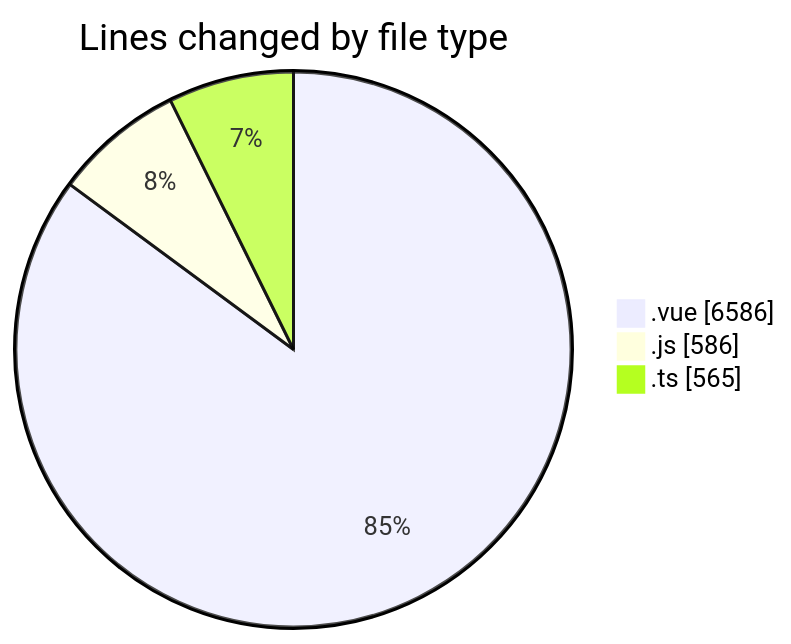
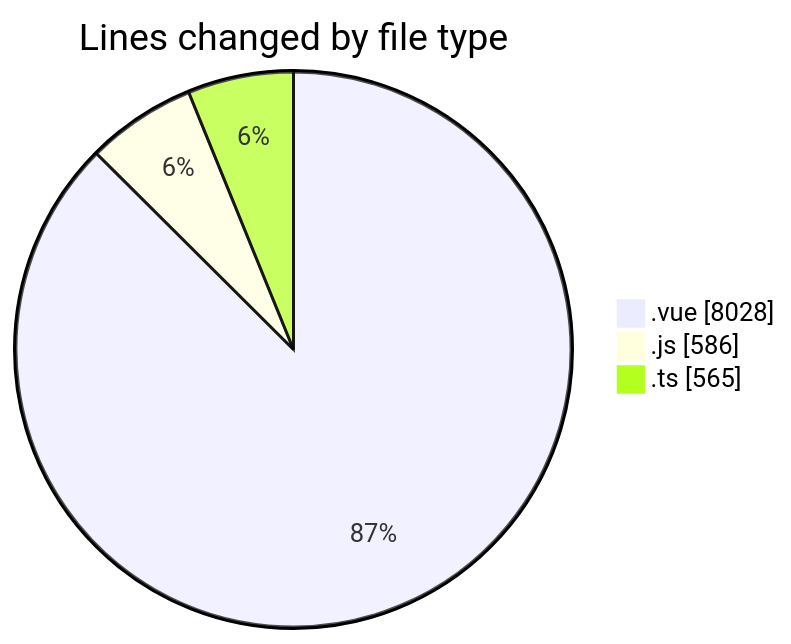
The first of 2 diagrams in 2025-08-13/rentotp/README.md (lephambinh05/code-tracking), drawn with Mermaid before and after one commit. The commit also changed other lines of this file and 1 other file, not shown here.

````diff
--- a/2025-08-13/rentotp/README.md
+++ b/2025-08-13/rentotp/README.md
@@ -35,7 +35,7 @@
 ```mermaid
 pie showData
 title Lines changed by file type
-".vue" : 6586
+".vue" : 8028
 ".js" : 586
 ".ts" : 565
 ```
````
